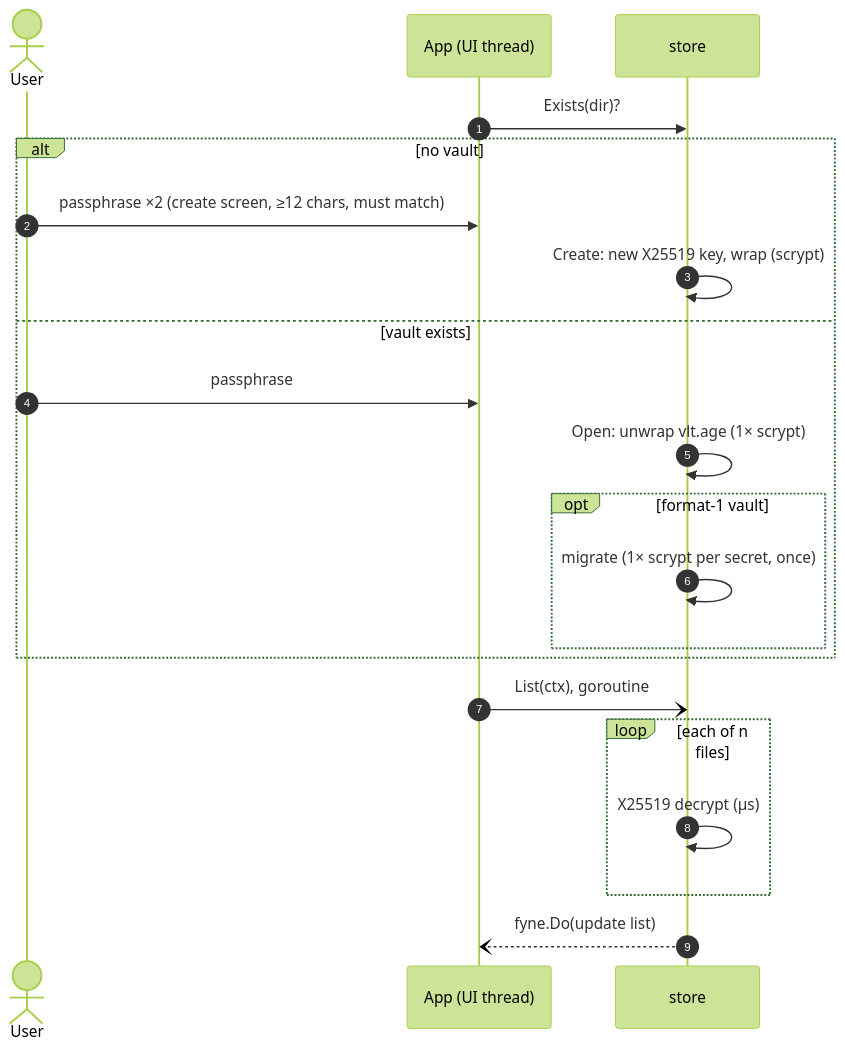
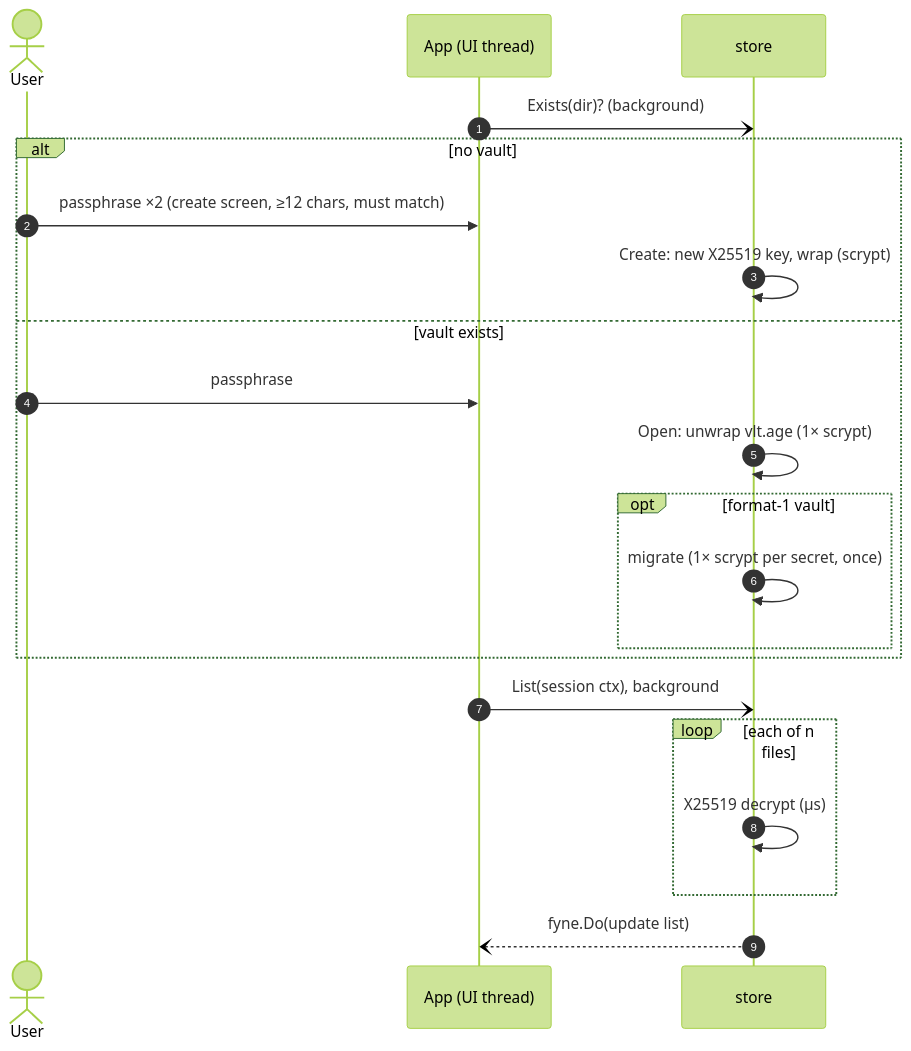
One commit to heyjdp/vlt changed the diagram in vault-vlt/Architecture/Unlock Flow.md. Above: the diagram before and after it, drawn with Mermaid (forest theme). The commit also changed other lines of this file and 22 other files, not shown here.

````diff
--- a/vault-vlt/Architecture/Unlock Flow.md
+++ b/vault-vlt/Architecture/Unlock Flow.md
@@ -15,23 +15,23 @@
 ```mermaid
 sequenceDiagram
     autonumber
     actor User
     participant A as App (UI thread)
     participant S as store
-    A->>S: Exists(dir)?
+    A-)S: Exists(dir)? (background)
     alt no vault
         User->>A: passphrase ×2 (create screen, ≥12 chars, must match)
         S->>S: Create: new X25519 key, wrap (scrypt)
     else vault exists
         User->>A: passphrase
         S->>S: Open: unwrap vlt.age (1× scrypt)
         opt format-1 vault
             S->>S: migrate (1× scrypt per secret, once)
         end
     end
-    A-)S: List(ctx), goroutine
+    A-)S: List(session ctx), background
     loop each of n files
         S->>S: X25519 decrypt (µs)
     end
     S--)A: fyne.Do(update list)
 ```
````
